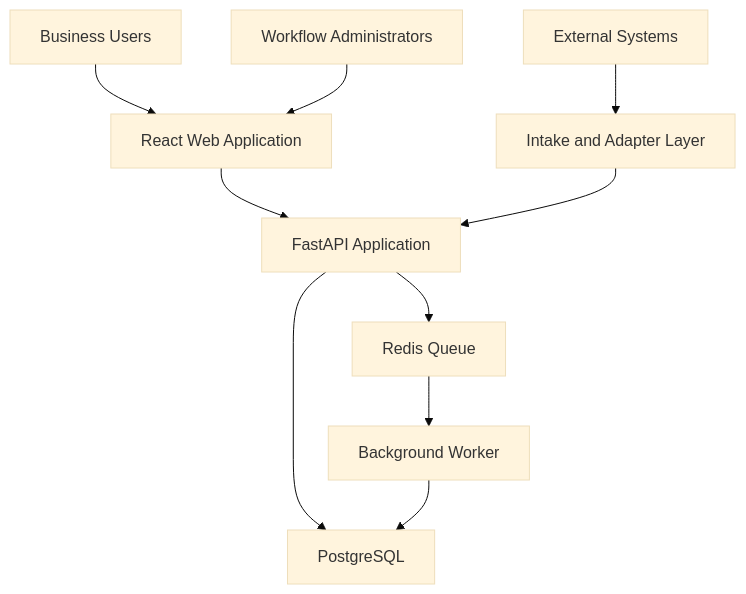
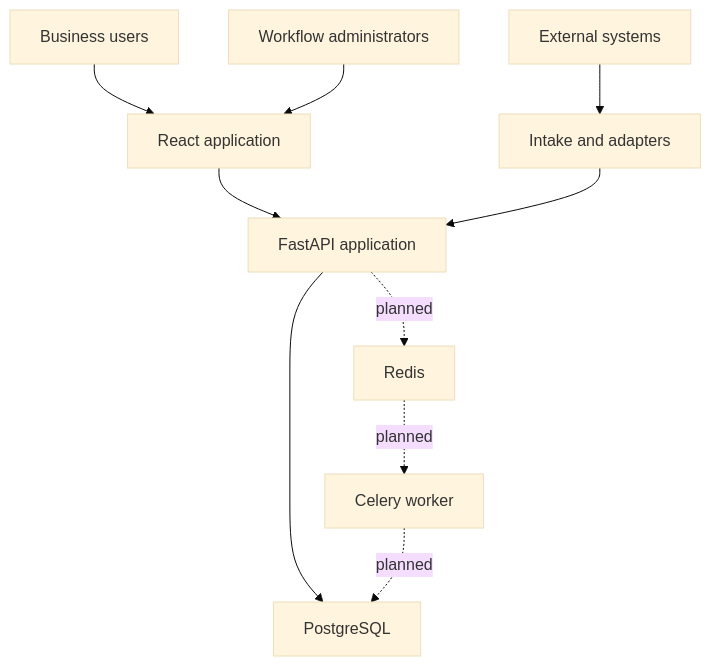
The third of 4 diagrams in README.md (kay-freeman/flowlens), drawn with Mermaid (base theme) before and after one commit. The commit also changed other lines of this file, not shown here.

Commit message:
Redesign README and document workflow definitions

````diff
--- a/README.md
+++ b/README.md
@@ -361,12 +249,12 @@
 ```mermaid
 flowchart TD
-    U["Business Users"] --> WEB["React Web Application"]
-    ADM["Workflow Administrators"] --> WEB
-    WEB --> API["FastAPI Application"]
-    EXT["External Systems"] --> IN["Intake and Adapter Layer"]
+    U["Business users"] --> WEB["React application"]
+    A["Workflow administrators"] --> WEB
+    WEB --> API["FastAPI application"]
+    EXT["External systems"] --> IN["Intake and adapters"]
     IN --> API
     API --> DB["PostgreSQL"]
-    API --> Q["Redis Queue"]
-    Q --> WK["Background Worker"]
-    WK --> DB
+    API -. planned .-> Q["Redis"]
+    Q -. planned .-> W["Celery worker"]
+    W -. planned .-> DB
 ```
````
